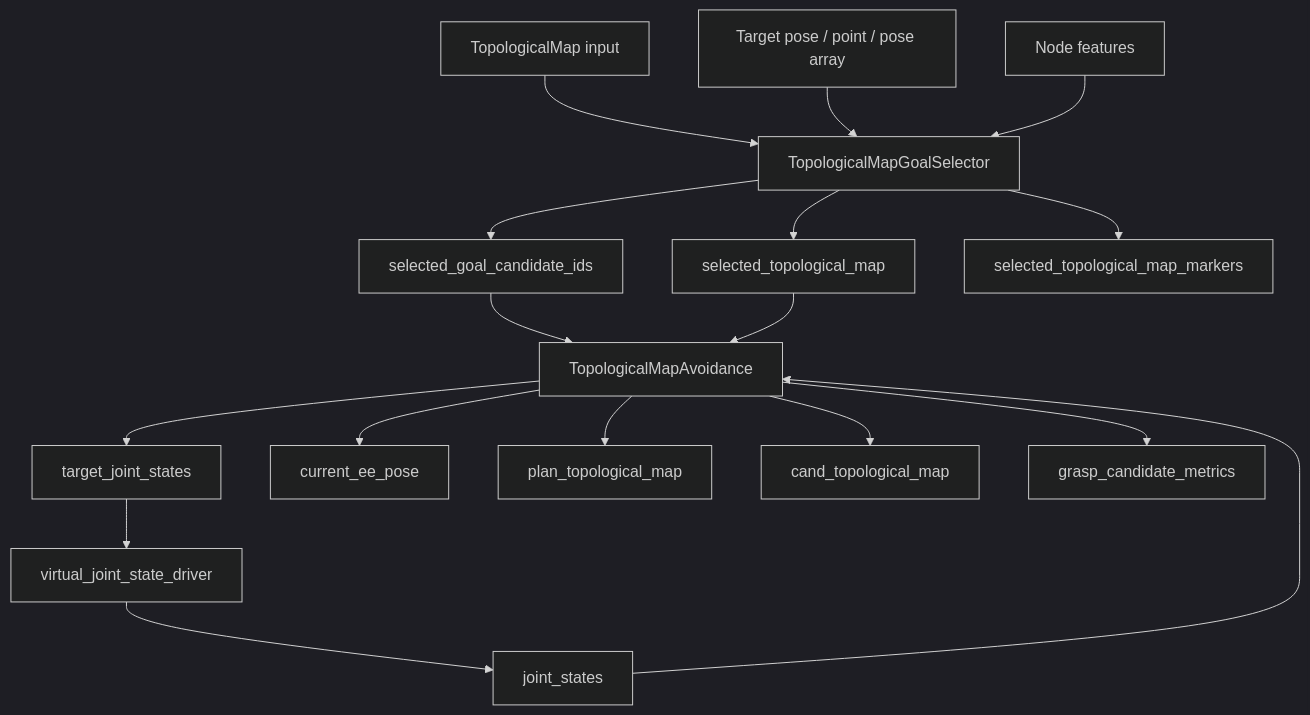
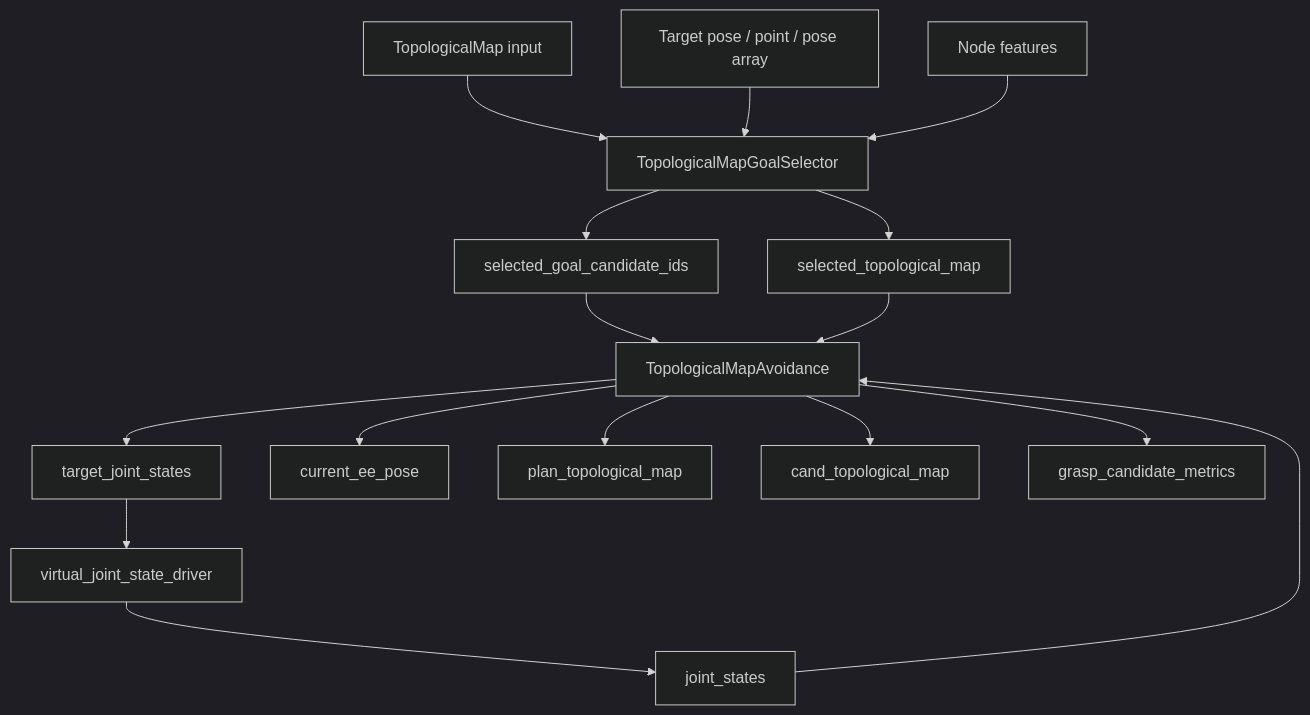
One commit to uraki-UH/arm_avoidance changed the second of 10 diagrams in gng_vlut_system/docs/TECHNICAL_SPEC.md. Above: the diagram before and after it, drawn with Mermaid (dark theme). The commit also changed other lines of this file and 43 other files, not shown here.

````diff
--- a/gng_vlut_system/docs/TECHNICAL_SPEC.md
+++ b/gng_vlut_system/docs/TECHNICAL_SPEC.md
@@ -179,20 +176,19 @@
 ```mermaid
 flowchart TD
     A[TopologicalMap input] --> B[TopologicalMapGoalSelector]
     C[Target pose / point / pose array] --> B
     D[Node features] --> B
     B --> E[selected_goal_candidate_ids]
     B --> F[selected_topological_map]
-    B --> G[selected_topological_map_markers]
 
     E --> H[TopologicalMapAvoidance]
     F --> H
     I[joint_states] --> H
     H --> J[target_joint_states]
     H --> K[current_ee_pose]
     H --> L[plan_topological_map]
     H --> M[cand_topological_map]
     H --> N[grasp_candidate_metrics]
     J --> O[virtual_joint_state_driver]
     O --> I
 ```
````
